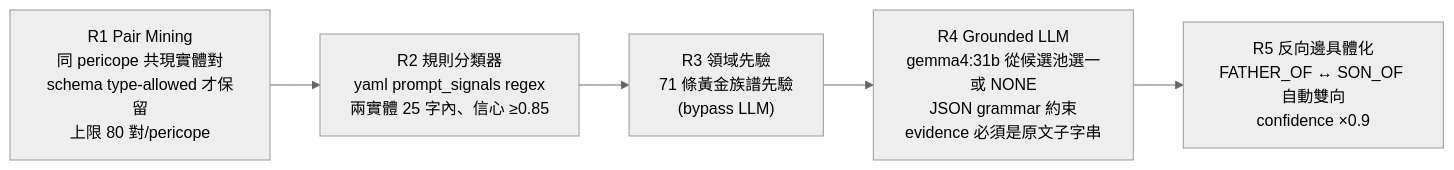
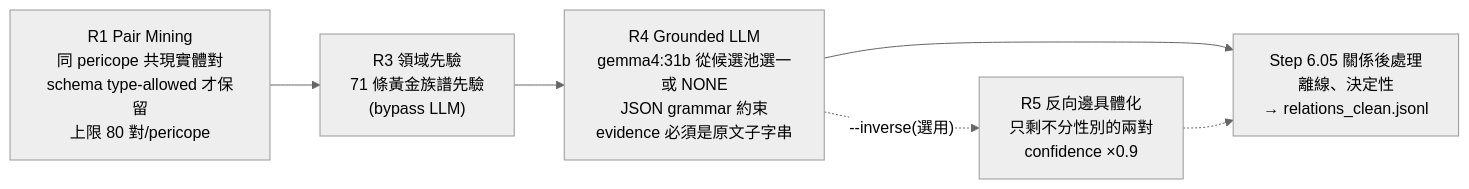
Before and after one commit to KenZx0521/Bible_RAG: the fifth of 11 diagrams in docs/ARCHITECTURE.md, drawn with Mermaid (neutral theme). The commit also changed other lines of this file and 7 other files, not shown here.

````diff
--- a/docs/ARCHITECTURE.md
+++ b/docs/ARCHITECTURE.md
@@ -241,7 +244,8 @@
 ```mermaid
 flowchart LR
-    R1["R1 Pair Mining<br/>同 pericope 共現實體對<br/>schema type-allowed 才保留<br/>上限 80 對/pericope"] --> R2["R2 規則分類器<br/>yaml prompt_signals regex<br/>兩實體 25 字內、信心 ≥0.85"]
-    R2 --> R3["R3 領域先驗<br/>71 條黃金族譜先驗<br/>(bypass LLM)"]
+    R1["R1 Pair Mining<br/>同 pericope 共現實體對<br/>schema type-allowed 才保留<br/>上限 80 對/pericope"] --> R3["R3 領域先驗<br/>71 條黃金族譜先驗<br/>(bypass LLM)"]
     R3 --> R4["R4 Grounded LLM<br/>gemma4:31b 從候選池選一或 NONE<br/>JSON grammar 約束<br/>evidence 必須是原文子字串"]
-    R4 --> R5["R5 反向邊具體化<br/>FATHER_OF ↔ SON_OF 自動雙向<br/>confidence ×0.9"]
+    R4 -.->|"--inverse(選用)"| R5["R5 反向邊具體化<br/>只剩不分性別的兩對<br/>confidence ×0.9"]
+    R4 --> PP["Step 6.05 關係後處理<br/>離線、決定性<br/>→ relations_clean.jsonl"]
+    R5 -.-> PP
 ```
````
